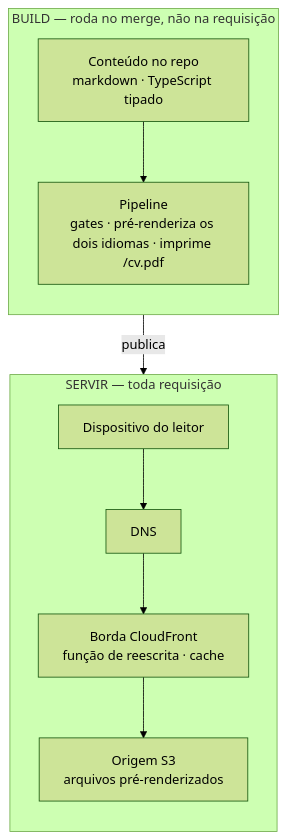
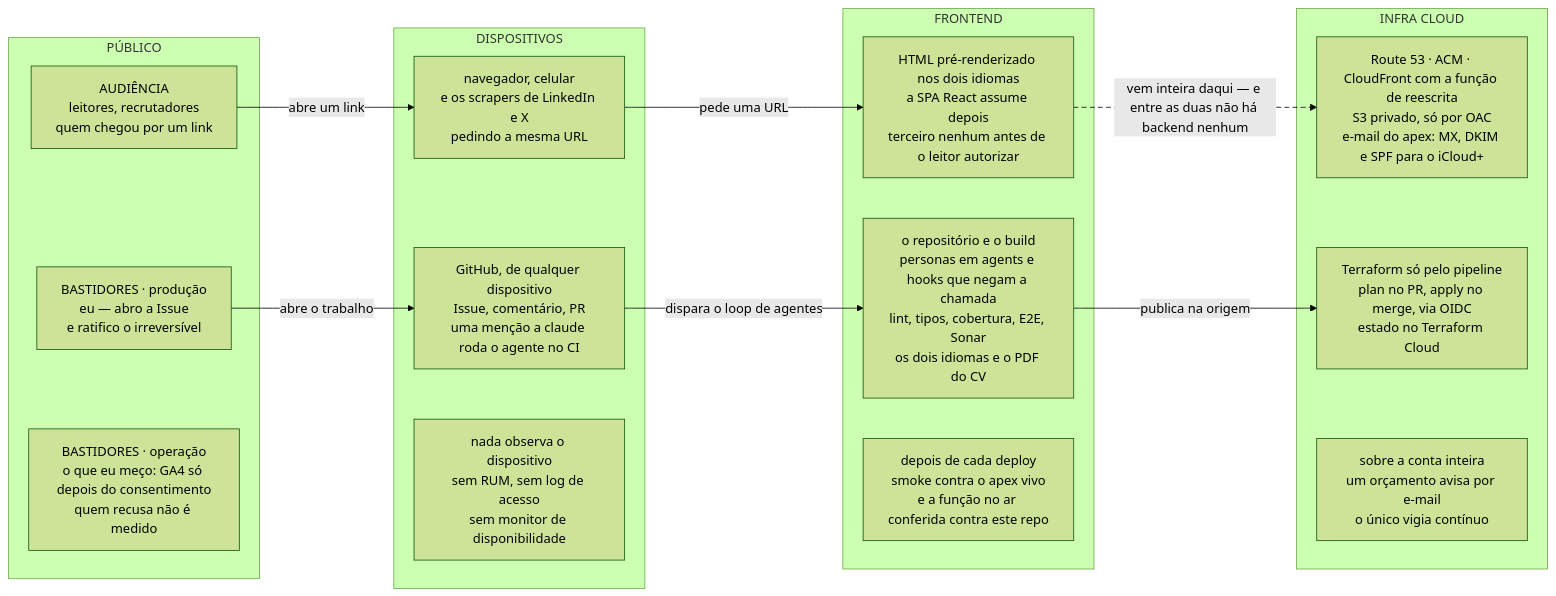
Before and after one commit to tedeuxx/tadeumendonca-io: the first of 3 diagrams in apps/fed/src/content/architecture.pt.md, drawn with Mermaid (forest theme). The commit also changed other lines of this file and 5 other files, not shown here.

````diff
--- a/apps/fed/src/content/architecture.pt.md
+++ b/apps/fed/src/content/architecture.pt.md
@@ -70,16 +70,35 @@
 ```mermaid
-flowchart TB
-  accTitle: As camadas, e a trilha de build que substitui as que faltam
-  accDescr: Duas trilhas — dois tempos, não dois lados do desenho. A trilha de build: o conteúdo escrito no repositório passa pelo pipeline, que pré-renderiza cada rota nos dois idiomas e imprime o PDF do CV, e publica o resultado na origem em S3. A trilha de servir: o dispositivo do leitor chega ao DNS, depois à borda do CloudFront, que roda a função de reescrita de URL e mantém o cache, e daí à mesma origem em S3 com os arquivos pré-renderizados. Não há servidor de aplicação nem banco de dados. Tudo que um backend normalmente faria a cada requisição acontece na trilha de build.
-  subgraph build["BUILD — roda no merge, não na requisição"]
-    direction TB
-    C["Conteúdo no repo<br/>markdown · TypeScript tipado"] --> P["Pipeline<br/>gates · pré-renderiza os dois idiomas · imprime /cv.pdf"]
+flowchart LR
+  accTitle: As raias e os tiers — o que o leitor encontra, e o que mantém isso de pé
+  accDescr: Uma grade que se lê da esquerda para a direita, com quatro colunas — público, dispositivos, frontend e infra cloud — e três raias empilhadas dentro delas. A raia de cima é a audiência, o que o leitor encontra no site: o público chega por um link, o dispositivo pede uma URL, e o que volta é HTML pré-renderizado nos dois idiomas, com a SPA React assumindo depois e nenhum terceiro carregado antes de o leitor autorizar — GA4 só com consentimento, YouTube só no clique. Essa página vem inteira da coluna de infra cloud: Route 53, ACM, CloudFront com a função de reescrita, um bucket S3 privado que só responde àquela distribuição, e os registros de e-mail do apex. Entre o frontend e a infra não existe coluna de backend, e essa ausência é a afirmação do desenho: não há tier de aplicação, porque o requisito nunca pediu um, e nada meu roda a cada requisição. As duas raias de baixo são os bastidores, o que ninguém vê e que mantém a operação de pé. A raia de produção: eu abro a Issue e ratifico o irreversível; o GitHub é o console, de qualquer dispositivo, e uma menção a claude dispara o agente dentro do CI sem nenhuma máquina minha ligada; o repositório e o build carregam as personas, os hooks que negam a chamada e os gates, e produzem os dois idiomas e o PDF do CV; o Terraform aplica a infraestrutura só pelo pipeline, com estado no Terraform Cloud. A raia de operação é a mais fina, e é fina por constatação e não por desenho: o que eu meço é GA4 depois do consentimento, então quem recusa não entra na conta; nada observa o dispositivo do leitor, sem RUM, sem log de acesso e sem monitor de disponibilidade; depois de cada deploy um smoke roda contra o apex vivo e confere que a função publicada é a deste repositório; e sobre a conta inteira há um orçamento que avisa por e-mail, que é o único vigia contínuo que existe.
+  subgraph T1["PÚBLICO"]
+    A1["AUDIÊNCIA<br/>leitores, recrutadores<br/>quem chegou por um link"]
+    B1["BASTIDORES · produção<br/>eu — abro a Issue<br/>e ratifico o irreversível"]
+    C1["BASTIDORES · operação<br/>o que eu meço: GA4 só depois do consentimento<br/>quem recusa não é medido"]
   end
-  subgraph serve["SERVIR — toda requisição"]
-    direction TB
-    D["Dispositivo do leitor"] --> N["DNS"]
-    N --> E["Borda CloudFront<br/>função de reescrita · cache"]
-    E --> O["Origem S3<br/>arquivos pré-renderizados"]
+  subgraph T2["DISPOSITIVOS"]
+    A2["navegador, celular<br/>e os scrapers de LinkedIn e X<br/>pedindo a mesma URL"]
+    B2["GitHub, de qualquer dispositivo<br/>Issue, comentário, PR<br/>uma menção a claude roda o agente no CI"]
+    C2["nada observa o dispositivo<br/>sem RUM, sem log de acesso<br/>sem monitor de disponibilidade"]
   end
-  P -- "publica" --> O
+  subgraph T3["FRONTEND"]
+    A3["HTML pré-renderizado nos dois idiomas<br/>a SPA React assume depois<br/>terceiro nenhum antes de o leitor autorizar"]
+    B3["o repositório e o build<br/>personas em agents e hooks que negam a chamada<br/>lint, tipos, cobertura, E2E, Sonar<br/>os dois idiomas e o PDF do CV"]
+    C3["depois de cada deploy<br/>smoke contra o apex vivo<br/>e a função no ar conferida contra este repo"]
+  end
+  subgraph T4["INFRA CLOUD"]
+    A4["Route 53 · ACM · CloudFront com a função de reescrita<br/>S3 privado, só por OAC<br/>e-mail do apex: MX, DKIM e SPF para o iCloud+"]
+    B4["Terraform só pelo pipeline<br/>plan no PR, apply no merge, via OIDC<br/>estado no Terraform Cloud"]
+    C4["sobre a conta inteira<br/>um orçamento avisa por e-mail<br/>o único vigia contínuo"]
+  end
+  A1 -- "abre um link" --> A2
+  A2 -- "pede uma URL" --> A3
+  A3 -- "vem inteira daqui — e entre as duas não há backend nenhum" --> A4
+  B1 -- "abre o trabalho" --> B2
+  B2 -- "dispara o loop de agentes" --> B3
+  B3 -- "publica na origem" --> B4
+  C1 ~~~ C2
+  C2 ~~~ C3
+  C3 ~~~ C4
+  linkStyle 2 stroke-dasharray:6 4
 ```
````
